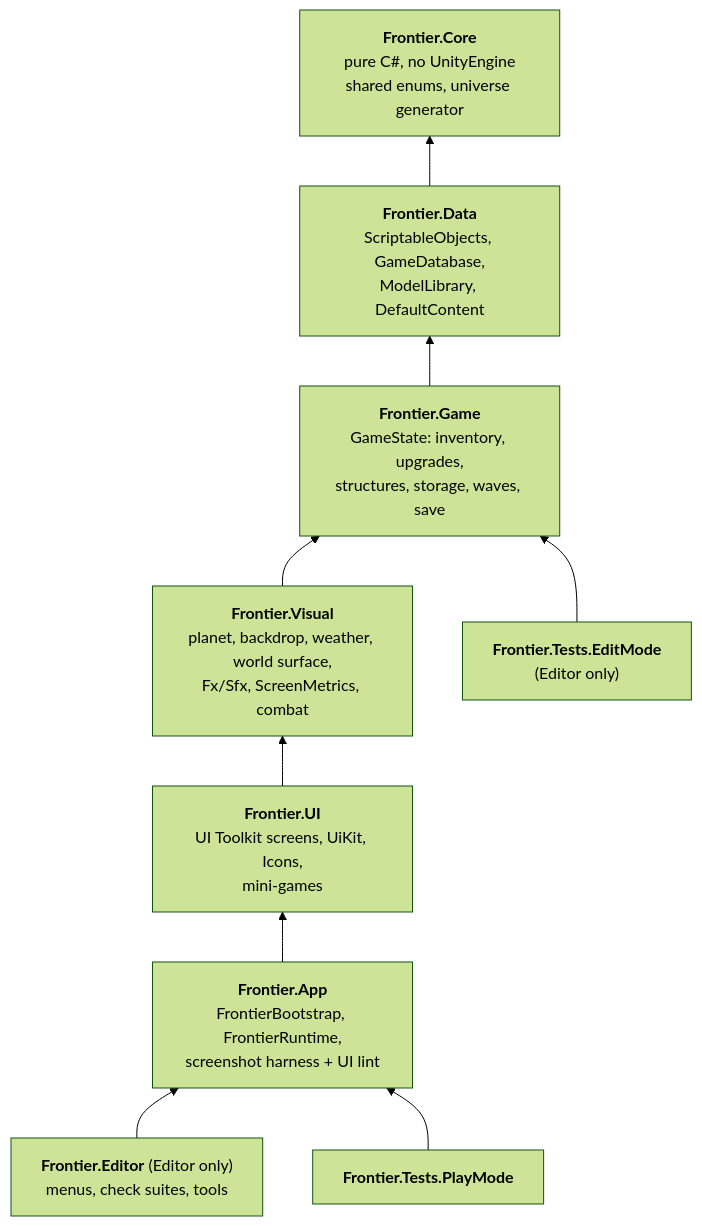
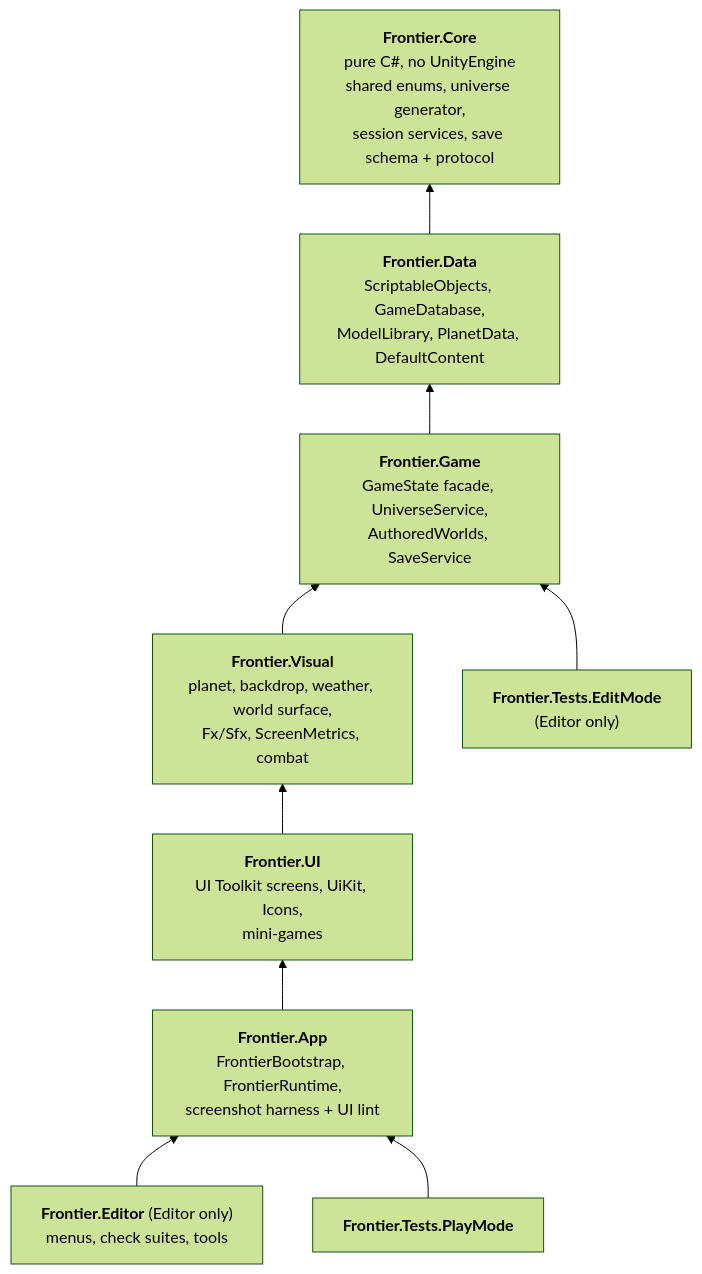
Before and after one commit to 20cameronw/spheerRepo: the diagram in docs/ARCHITECTURE.md, drawn with Mermaid (forest theme). The commit also changed other lines of this file and 5 other files, not shown here.

First line of the commit message:
Document the runtime model: types, data flow, ids, save v2, migration policy

````diff
--- a/docs/ARCHITECTURE.md
+++ b/docs/ARCHITECTURE.md
@@ -8,20 +8,20 @@
 ```mermaid
 flowchart BT
-  Core["<b>Frontier.Core</b><br/>pure C#, no UnityEngine<br/>shared enums, universe generator"]
-  Data["<b>Frontier.Data</b><br/>ScriptableObjects, GameDatabase,<br/>ModelLibrary, DefaultContent"]
-  Game["<b>Frontier.Game</b><br/>GameState: inventory, upgrades,<br/>structures, storage, waves, save"]
+  Core["<b>Frontier.Core</b><br/>pure C#, no UnityEngine<br/>shared enums, universe generator,<br/>session services, save schema + protocol"]
+  Data["<b>Frontier.Data</b><br/>ScriptableObjects, GameDatabase,<br/>ModelLibrary, PlanetData, DefaultContent"]
+  Game["<b>Frontier.Game</b><br/>GameState facade, UniverseService,<br/>AuthoredWorlds, SaveService"]
   Visual["<b>Frontier.Visual</b><br/>planet, backdrop, weather, world surface,<br/>Fx/Sfx, ScreenMetrics, combat"]
   UI["<b>Frontier.UI</b><br/>UI Toolkit screens, UiKit, Icons,<br/>mini-games"]
   App["<b>Frontier.App</b><br/>FrontierBootstrap, FrontierRuntime,<br/>screenshot harness + UI lint"]
   Editor["<b>Frontier.Editor</b> (Editor only)<br/>menus, check suites, tools"]
   TE["<b>Frontier.Tests.EditMode</b><br/>(Editor only)"]
   TP["<b>Frontier.Tests.PlayMode</b>"]
   Data --> Core
   Game --> Data
   Visual --> Game
   UI --> Visual
   App --> UI
   Editor --> App
   TE --> Game
   TP --> App
 ```
````
